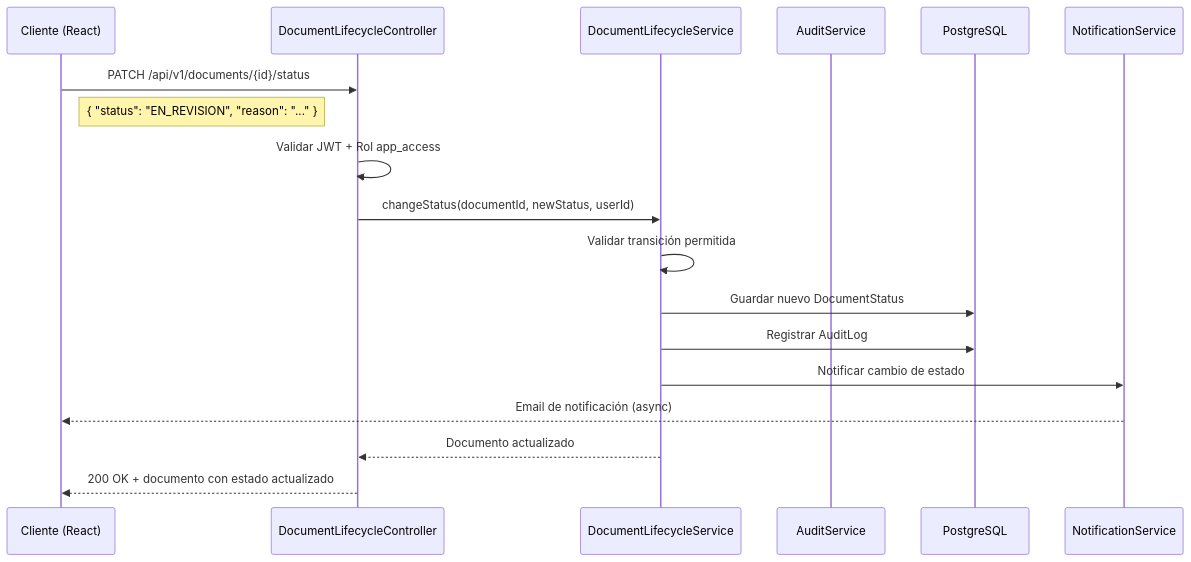
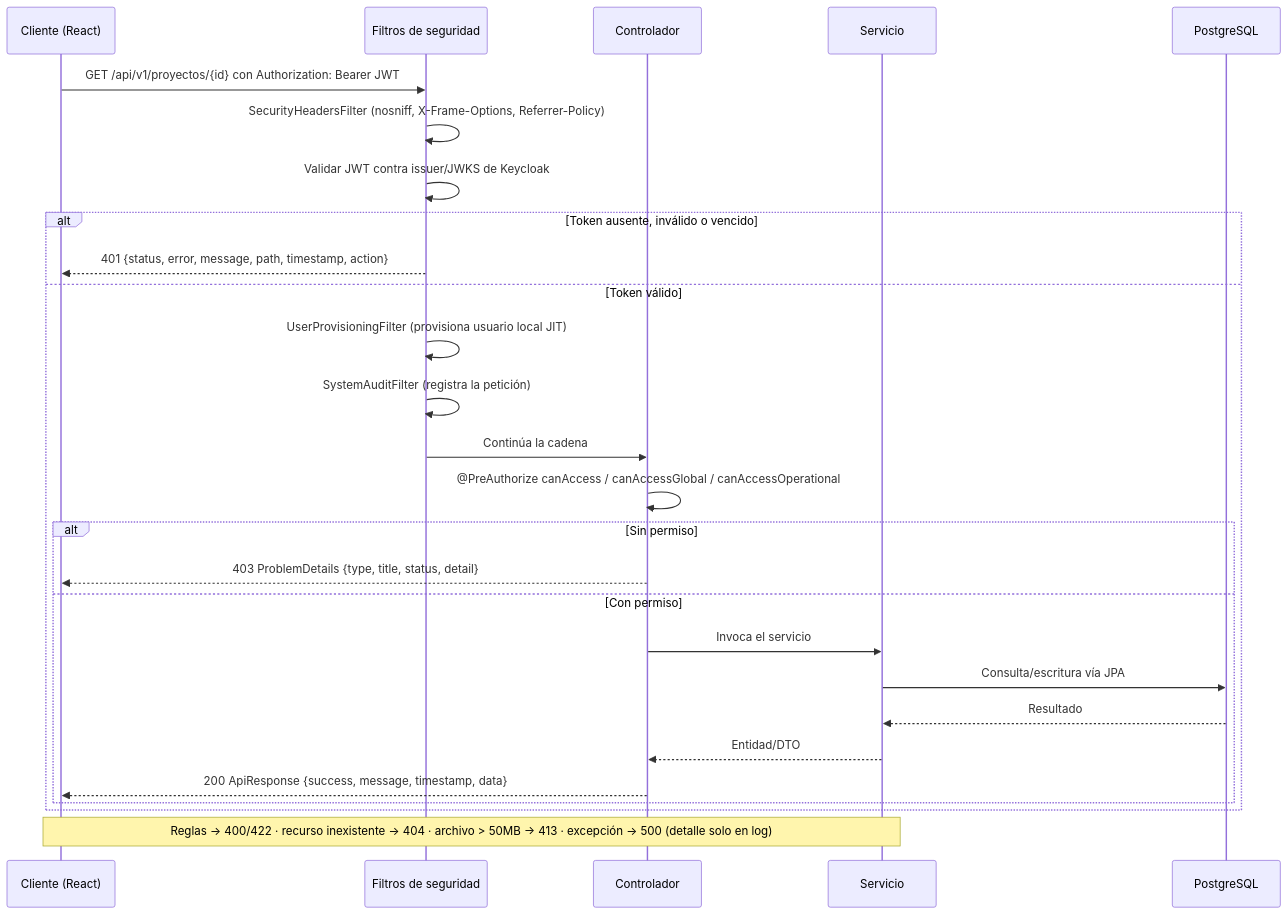
One commit to AndresSantosSanabria/proyecta_v01 changed the third of 4 diagrams in backend/docs/arquitectura-tecnica.md. Above: the diagram before and after it, drawn with Mermaid. The commit also changed other lines of this file and 257 other files, not shown here.

````diff
--- a/backend/docs/arquitectura-tecnica.md
+++ b/backend/docs/arquitectura-tecnica.md
@@ -151,21 +163,30 @@
 ```mermaid
 sequenceDiagram
     participant C as Cliente (React)
-    participant API as DocumentLifecycleController
-    participant SVC as DocumentLifecycleService
-    participant AUDIT as AuditService
+    participant F as Filtros de seguridad
+    participant CTL as Controlador
+    participant SVC as Servicio
     participant DB as PostgreSQL
-    participant NOTIFY as NotificationService
 
-    C->>API: PATCH /api/v1/documents/{id}/status
-    Note right of C: { "status": "EN_REVISION", "reason": "..." }
-    API->>API: Validar JWT + Rol app_access
-    API->>SVC: changeStatus(documentId, newStatus, userId)
-    SVC->>SVC: Validar transición permitida
-    SVC->>DB: Guardar nuevo DocumentStatus
-    SVC->>DB: Registrar AuditLog
-    SVC->>NOTIFY: Notificar cambio de estado
-    NOTIFY-->>C: Email de notificación (async)
-    SVC-->>API: Documento actualizado
-    API-->>C: 200 OK + documento con estado actualizado
+    C->>F: GET /api/v1/proyectos/{id} con Authorization: Bearer JWT
+    F->>F: SecurityHeadersFilter (nosniff, X-Frame-Options, Referrer-Policy)
+    F->>F: Validar JWT contra issuer/JWKS de Keycloak
+    alt Token ausente, inválido o vencido
+        F-->>C: 401 {status, error, message, path, timestamp, action}
+    else Token válido
+        F->>F: UserProvisioningFilter (provisiona usuario local JIT)
+        F->>F: SystemAuditFilter (registra la petición)
+        F->>CTL: Continúa la cadena
+        CTL->>CTL: @PreAuthorize canAccess / canAccessGlobal / canAccessOperational
+        alt Sin permiso
+            CTL-->>C: 403 ProblemDetails {type, title, status, detail}
+        else Con permiso
+            CTL->>SVC: Invoca el servicio
+            SVC->>DB: Consulta/escritura vía JPA
+            DB-->>SVC: Resultado
+            SVC-->>CTL: Entidad/DTO
+            CTL-->>C: 200 ApiResponse {success, message, timestamp, data}
+        end
+    end
+    Note over SVC,C: Reglas → 400/422 · recurso inexistente → 404 · archivo > 50MB → 413 · excepción → 500 (detalle solo en log)
 ```
````
